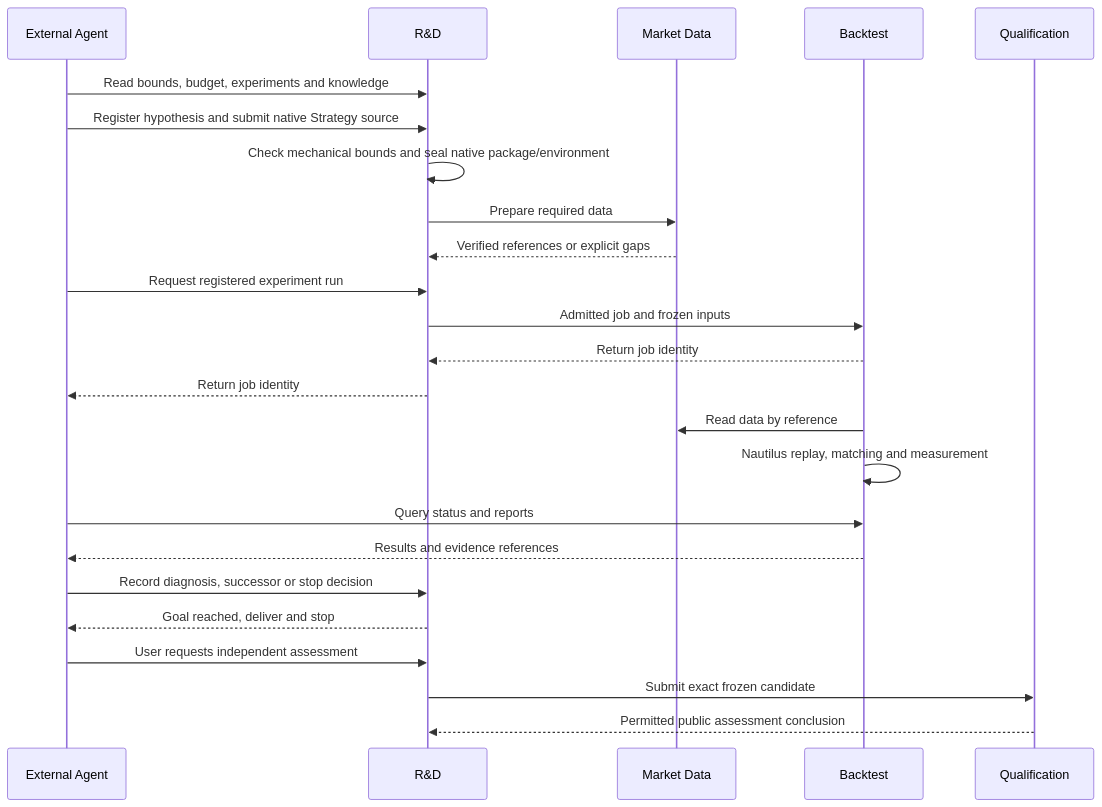
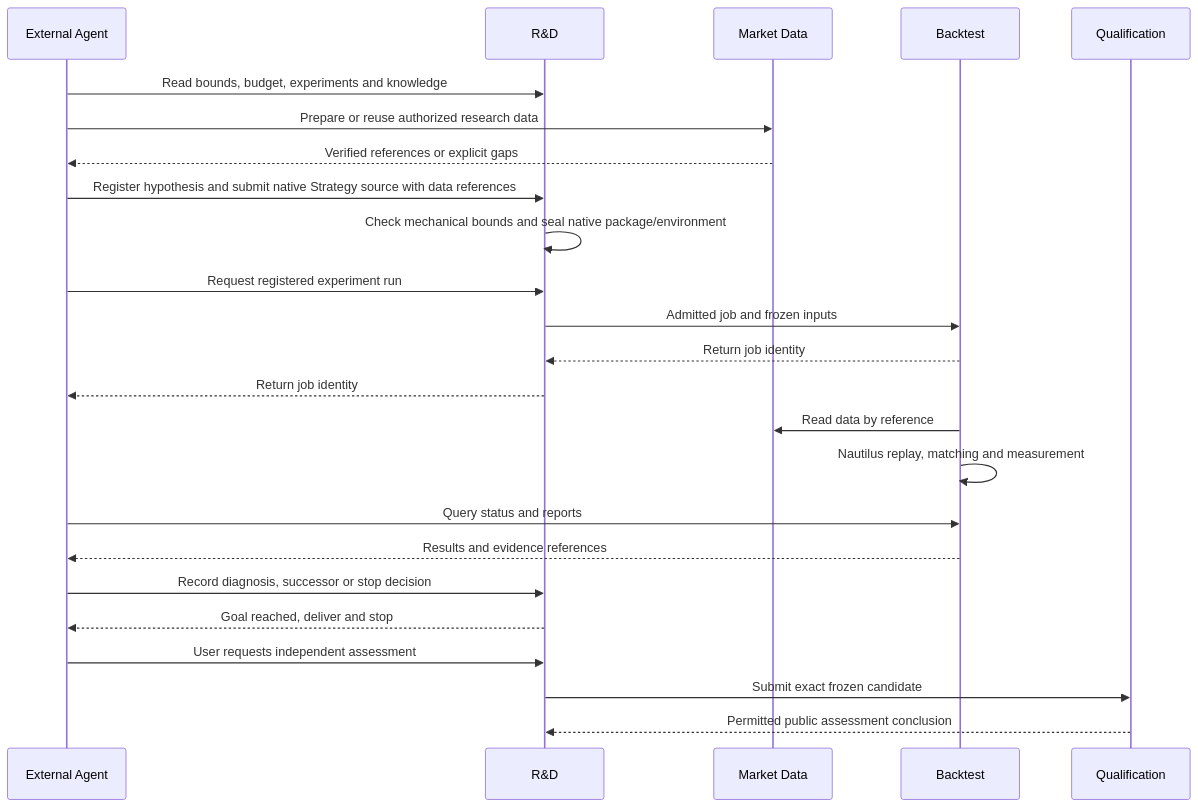
One commit to qOeOp/trade changed the third of 5 diagrams in docs/architecture/index.md. Above: the diagram before and after it, drawn with Mermaid. The commit also changed other lines of this file and 12 other files, not shown here.

Commit message:
docs(architecture): audit Nautilus capability adoption and R-1 liquidation bounds

````diff
--- a/docs/architecture/index.md
+++ b/docs/architecture/index.md
@@ -819,26 +822,26 @@
 ```mermaid
 sequenceDiagram
     participant A as External Agent
     participant R as R&D
     participant M as Market Data
     participant B as Backtest
     participant Q as Qualification
     A->>R: Read bounds, budget, experiments and knowledge
-    A->>R: Register hypothesis and submit native Strategy source
+    A->>M: Prepare or reuse authorized research data
+    M-->>A: Verified references or explicit gaps
+    A->>R: Register hypothesis and submit native Strategy source with data references
     R->>R: Check mechanical bounds and seal native package/environment
-    R->>M: Prepare required data
-    M-->>R: Verified references or explicit gaps
     A->>R: Request registered experiment run
     R->>B: Admitted job and frozen inputs
     B-->>R: Return job identity
     R-->>A: Return job identity
     B->>M: Read data by reference
     B->>B: Nautilus replay, matching and measurement
     A->>B: Query status and reports
     B-->>A: Results and evidence references
     A->>R: Record diagnosis, successor or stop decision
     R-->>A: Goal reached, deliver and stop
     A->>R: User requests independent assessment
     R->>Q: Submit exact frozen candidate
     Q-->>R: Permitted public assessment conclusion
 ```
````
